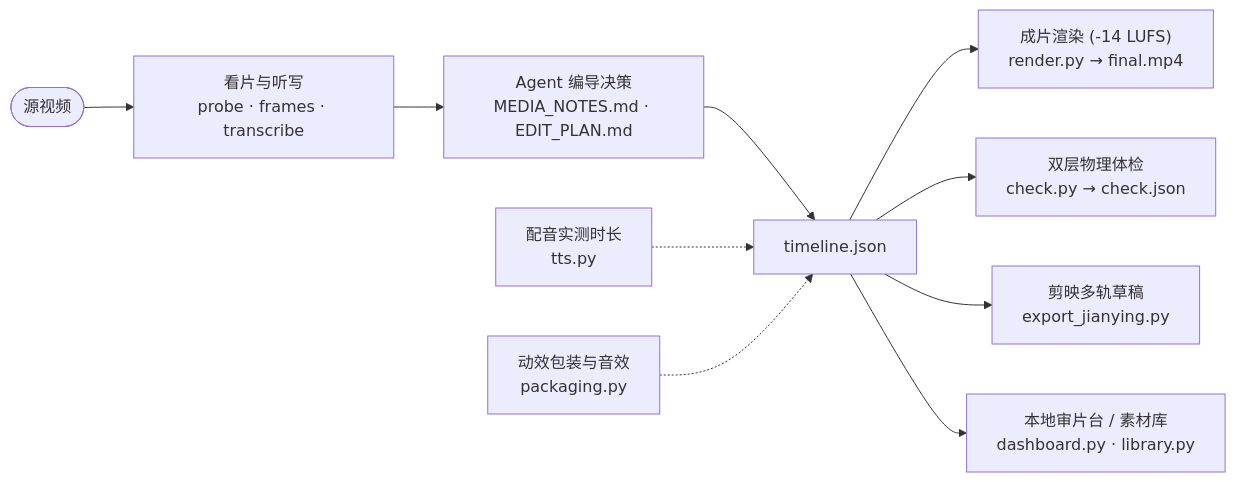
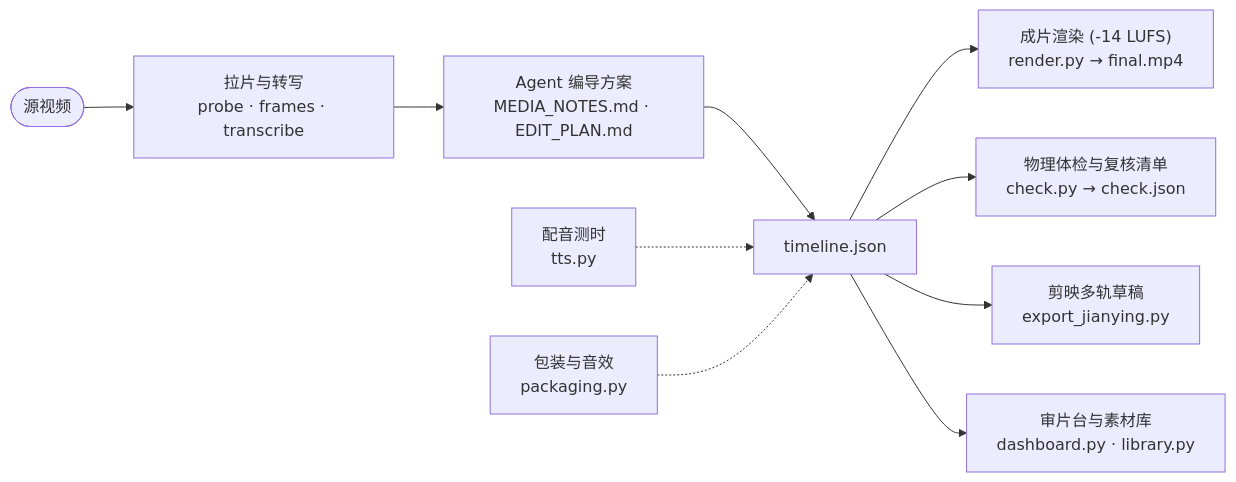
Before and after one commit to zenstory-ai/video-recap-skills: the diagram in README.md, drawn with Mermaid. The commit also changed other lines of this file and 1 other file, not shown here.

````diff
--- a/README.md
+++ b/README.md
@@ -79,12 +72,12 @@
 ```mermaid
 flowchart LR
-    src(["源视频"]) --> inspect["看片与听写<br/>probe · frames · transcribe"]
-    inspect --> plan["Agent 编导决策<br/>MEDIA_NOTES.md · EDIT_PLAN.md"]
+    src(["源视频"]) --> inspect["拉片与转写<br/>probe · frames · transcribe"]
+    inspect --> plan["Agent 编导方案<br/>MEDIA_NOTES.md · EDIT_PLAN.md"]
     plan --> tl["timeline.json"]
-    tts["配音实测时长<br/>tts.py"] -.-> tl
-    pkg["动效包装与音效<br/>packaging.py"] -.-> tl
+    tts["配音测时<br/>tts.py"] -.-> tl
+    pkg["包装与音效<br/>packaging.py"] -.-> tl
     tl --> render["成片渲染 (-14 LUFS)<br/>render.py → final.mp4"]
-    tl --> check["双层物理体检<br/>check.py → check.json"]
+    tl --> check["物理体检与复核清单<br/>check.py → check.json"]
     tl --> jy["剪映多轨草稿<br/>export_jianying.py"]
-    tl --> dash["本地审片台 / 素材库<br/>dashboard.py · library.py"]
+    tl --> dash["审片台与素材库<br/>dashboard.py · library.py"]
 ```
````
